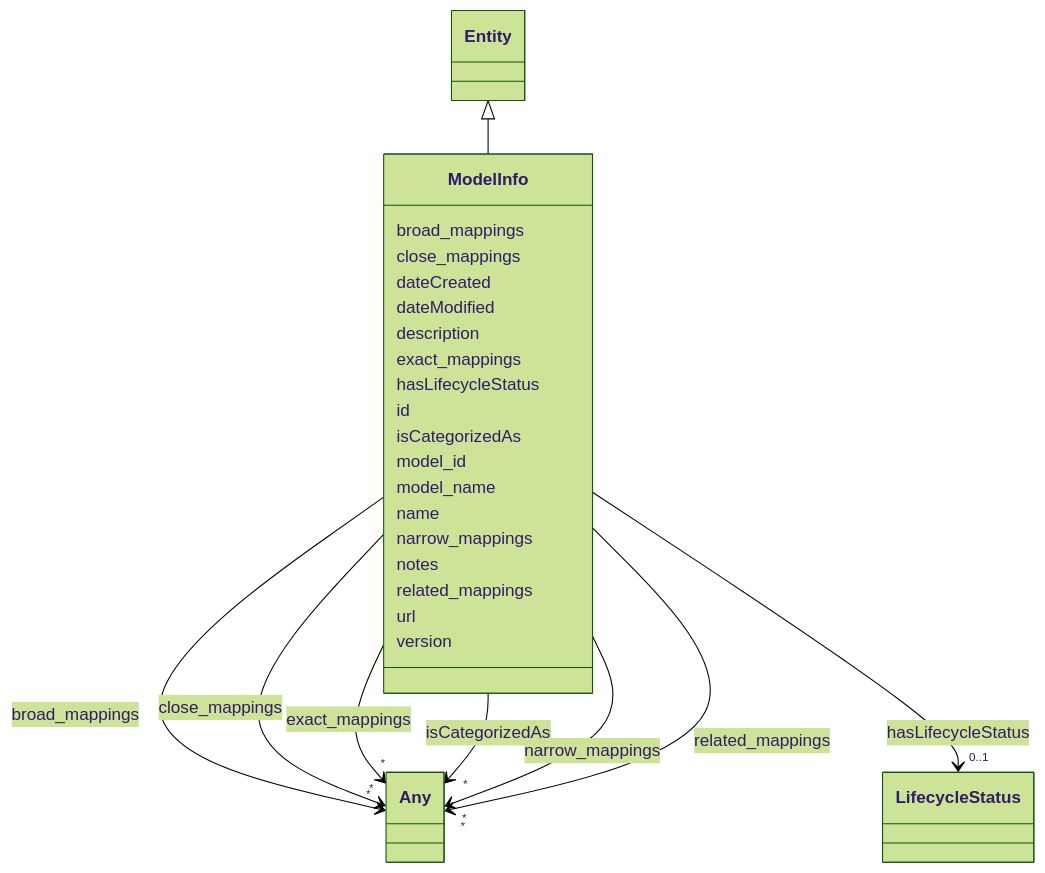
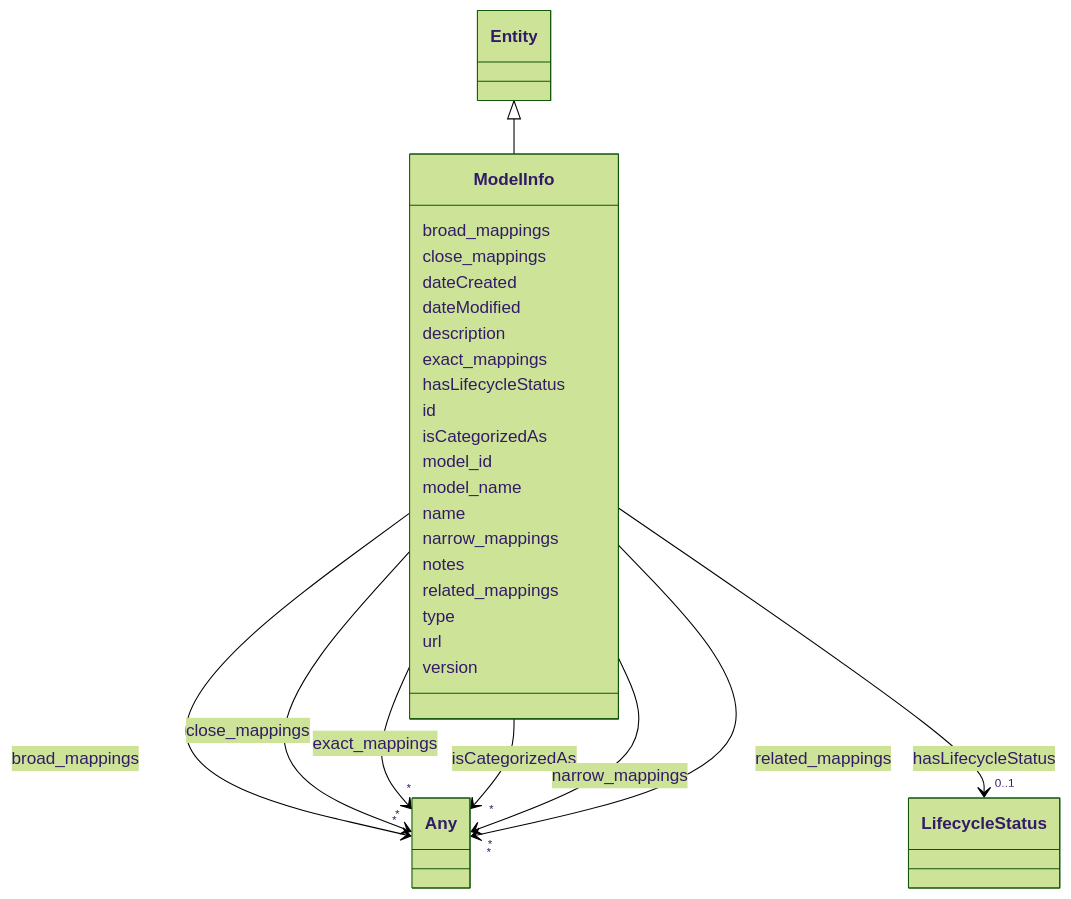
The diagram in docs/ontology/ModelInfo.md (IBM/ai-atlas-nexus), drawn with Mermaid (forest theme) before and after one commit. The commit also changed other lines of this file and 151 other files, not shown here.

```diff
--- a/docs/ontology/ModelInfo.md
+++ b/docs/ontology/ModelInfo.md
@@ -111,6 +111,8 @@
 
 
 
+      ModelInfo : type
+
       ModelInfo : url
 
       ModelInfo : version
```
